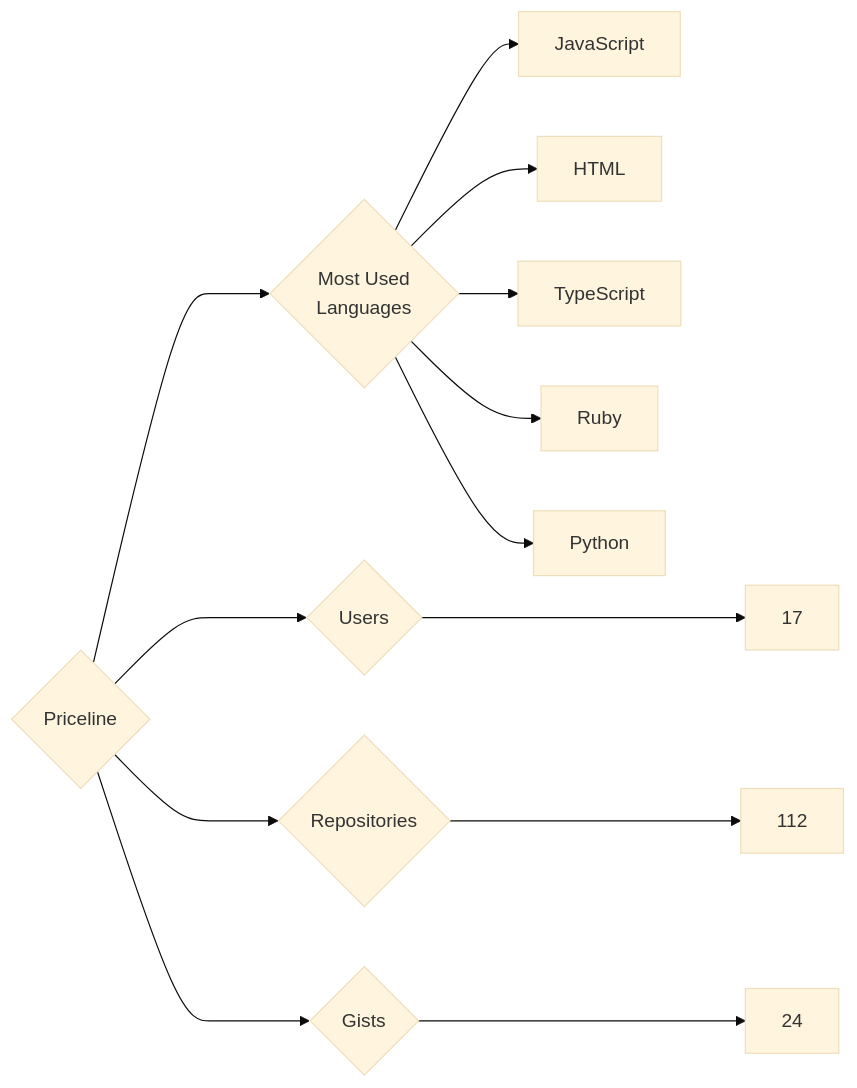
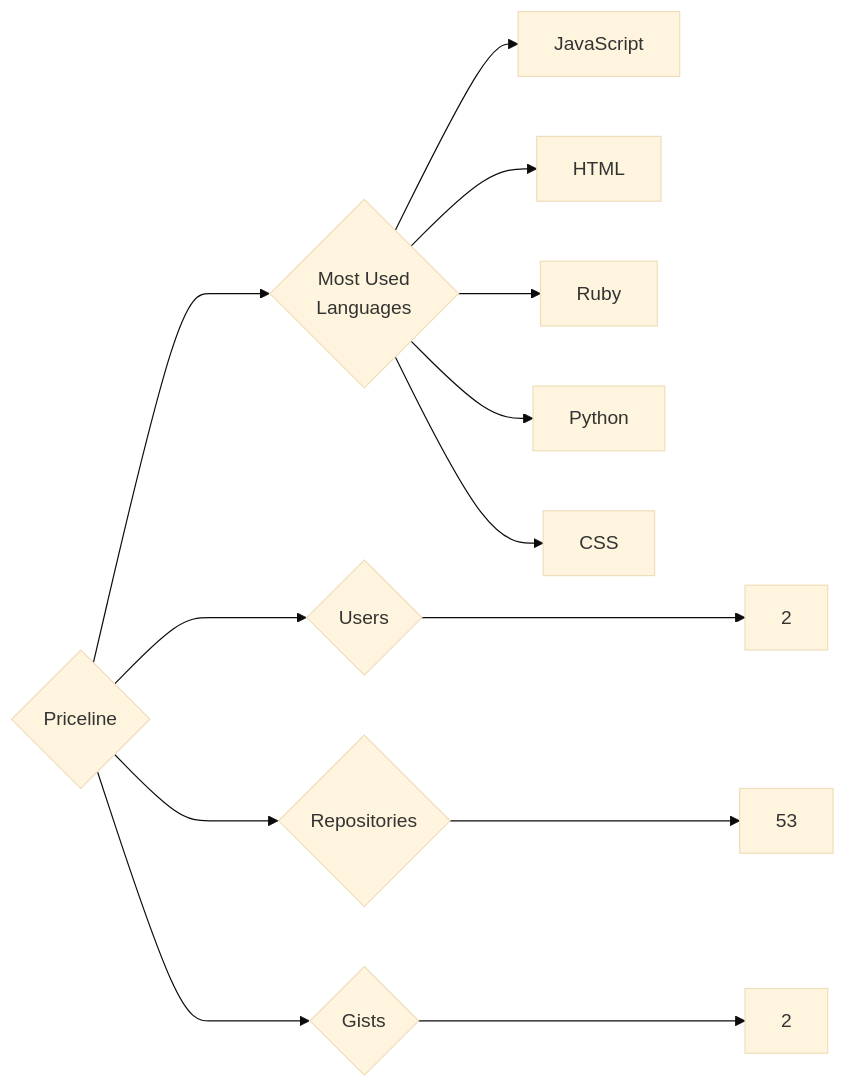
One commit to trickest/insiders changed the diagram in targets/Priceline/README.md. Above: the diagram before and after it, drawn with Mermaid (base theme). The commit also changed 964 other files, not shown here.

````diff
--- a/targets/Priceline/README.md
+++ b/targets/Priceline/README.md
@@ -3,13 +3,13 @@
 ```mermaid
 graph LR
 COMPANY_NAME{Priceline}
-COMPANY_NAME ---> U{Users} ---> UN[17]
-COMPANY_NAME ---> R{Repositories} ---> RN[112]
-COMPANY_NAME ---> G{Gists} ---> GN[24]
+COMPANY_NAME ---> U{Users} ---> UN[2]
+COMPANY_NAME ---> R{Repositories} ---> RN[53]
+COMPANY_NAME ---> G{Gists} ---> GN[2]
 COMPANY_NAME ---> ML{Most Used<br>Languages}
 ML --> JavaScript[JavaScript]
 ML --> HTML[HTML]
-ML --> TypeScript[TypeScript]
 ML --> Ruby[Ruby]
 ML --> Python[Python]
+ML --> CSS[CSS]
 ```
````
